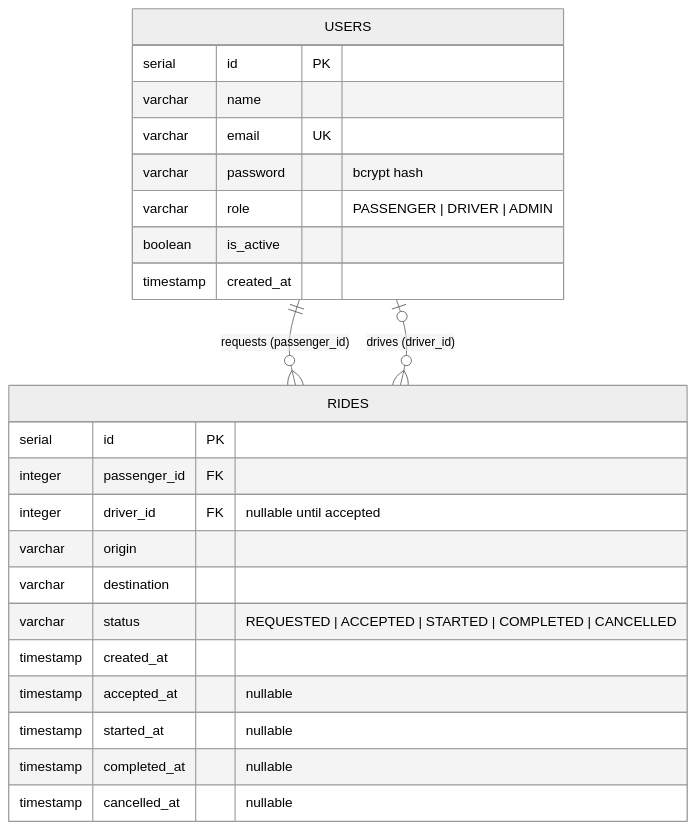
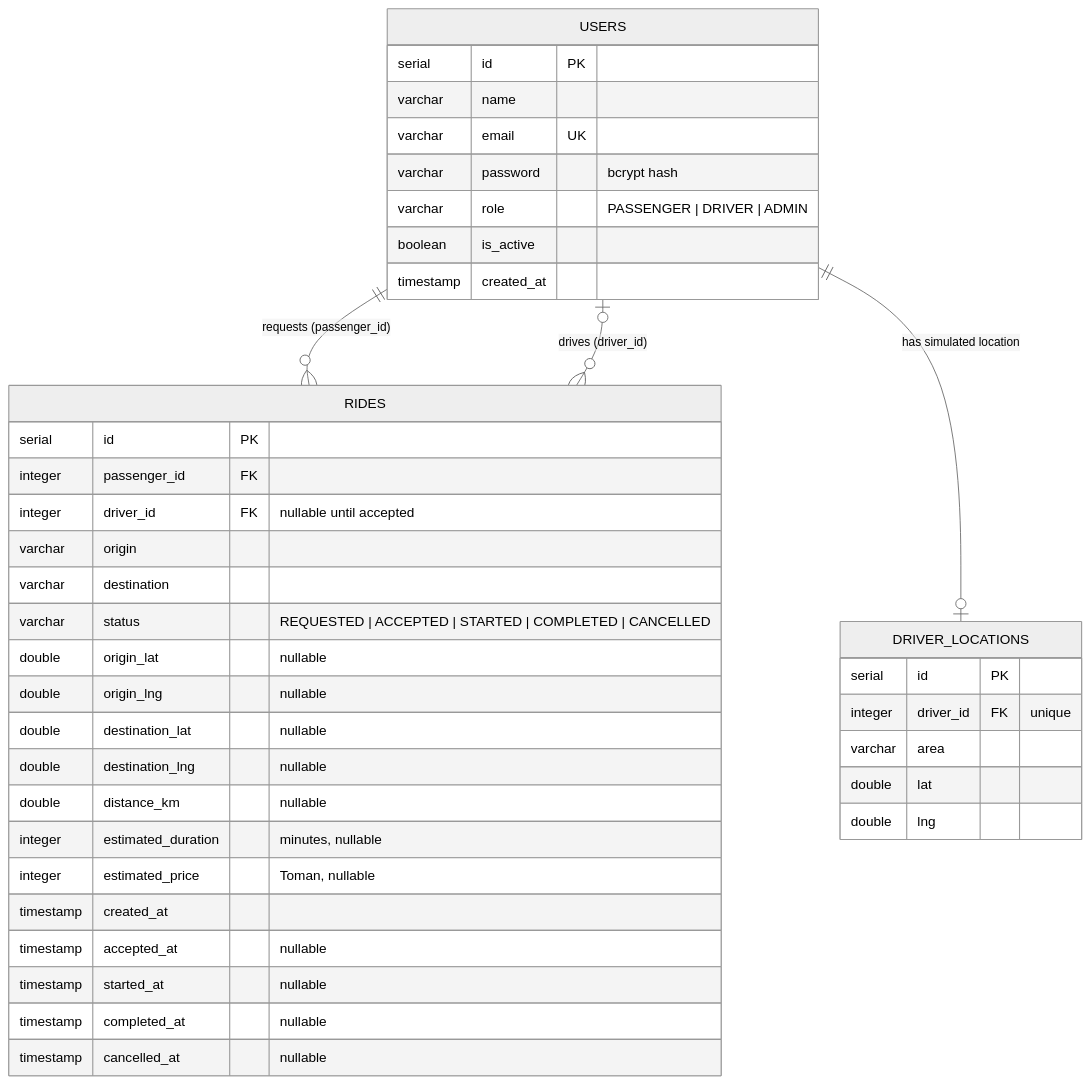
One commit to FarbodTavakolizade/TaxiGo changed the diagram in docs/database.md. Above: the diagram before and after it, drawn with Mermaid (neutral theme). The commit also changed other lines of this file and 10 other files, not shown here.

````diff
--- a/docs/database.md
+++ b/docs/database.md
@@ -14,29 +16,45 @@
 ```mermaid
 erDiagram
     USERS {
         serial   id PK
         varchar  name
         varchar  email UK
         varchar  password "bcrypt hash"
         varchar  role "PASSENGER | DRIVER | ADMIN"
         boolean  is_active
         timestamp created_at
     }
 
     RIDES {
         serial   id PK
         integer  passenger_id FK
         integer  driver_id FK "nullable until accepted"
         varchar  origin
         varchar  destination
         varchar  status "REQUESTED | ACCEPTED | STARTED | COMPLETED | CANCELLED"
+        double   origin_lat "nullable"
+        double   origin_lng "nullable"
+        double   destination_lat "nullable"
+        double   destination_lng "nullable"
+        double   distance_km "nullable"
+        integer  estimated_duration "minutes, nullable"
+        integer  estimated_price "Toman, nullable"
         timestamp created_at
         timestamp accepted_at "nullable"
         timestamp started_at "nullable"
         timestamp completed_at "nullable"
         timestamp cancelled_at "nullable"
     }
 
+    DRIVER_LOCATIONS {
+        serial   id PK
+        integer  driver_id FK "unique"
+        varchar  area
+        double   lat
+        double   lng
+    }
+
     USERS ||--o{ RIDES : "requests (passenger_id)"
     USERS |o--o{ RIDES : "drives (driver_id)"
+    USERS ||--o| DRIVER_LOCATIONS : "has simulated location"
 ```
````
